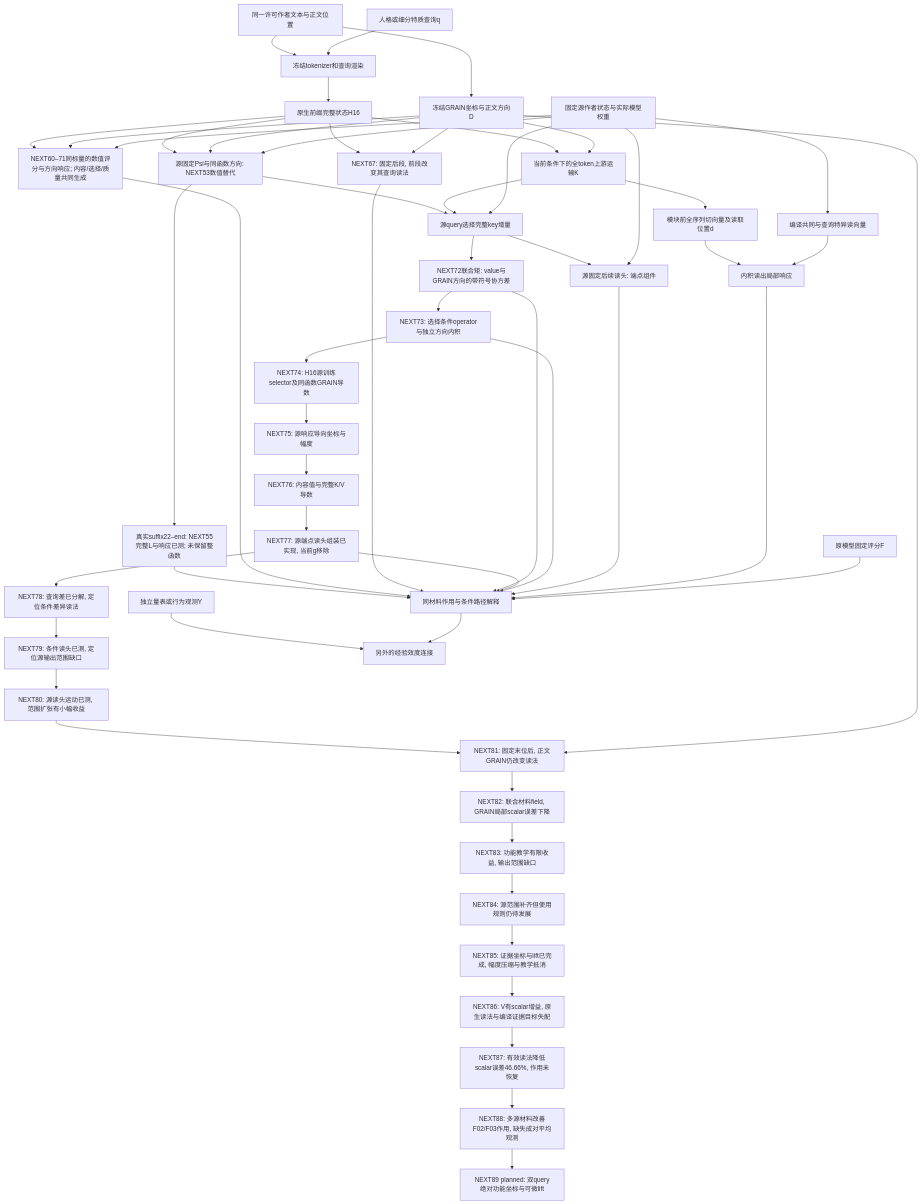
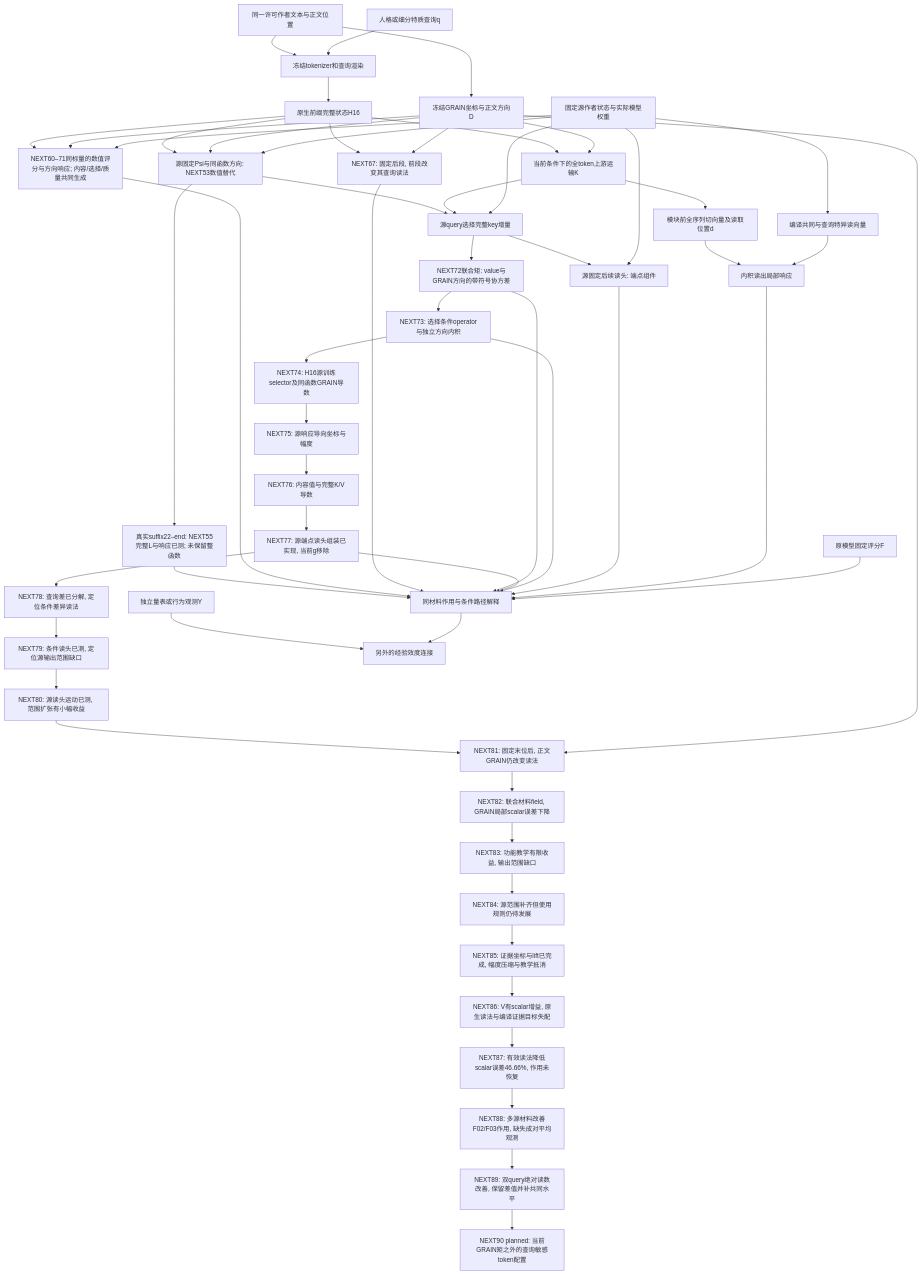
Before and after one commit to reiserhhh/GRAIN: the diagram in docs/GRAIN_UPSTREAM_MECHANISM_INTEGRATION_V1.md, drawn with Mermaid. The commit also changed other lines of this file and 26 other files, not shown here.

````diff
--- a/docs/GRAIN_UPSTREAM_MECHANISM_INTEGRATION_V1.md
+++ b/docs/GRAIN_UPSTREAM_MECHANISM_INTEGRATION_V1.md
@@ -8,57 +8,58 @@
 ```mermaid
 flowchart TD
   T[同一许可作者文本与正文位置] --> G[冻结GRAIN坐标与正文方向D]
   T --> R[冻结tokenizer和查询渲染]
   Q[人格或细分特质查询q] --> R
   R --> H[原生前缀完整状态H16]
   H --> K[当前条件下的全token上游运输K]
   H --> P[源固定Psi与同函数方向: NEXT53数值替代]
   G --> P
   S --> P
   P --> U
   P --> W[真实suffix22–end: NEXT55完整L与响应已测; 未保留整函数]
   W --> J
   H --> Z[NEXT60–71同标量的数值评分与方向响应; 内容/选择/质量共同生成]
   G --> Z
   S --> Z
   Z --> J
   H --> I[NEXT67: 固定后段, 前段改变其查询读法]
   G --> I
   I --> J
   G --> K
   K --> D[模块前全序列切向量及读取位置d]
   S[固定源作者状态与实际模型权重] --> V[编译共同与查询特异读向量]
   D --> A[内积读出局部响应]
   V --> A
   K --> U[源query选择完整key增量]
   S --> U
   U --> M[NEXT72联合矩: value与GRAIN方向的带符号协方差]
   M --> J
   M --> O[NEXT73: 选择条件operator与独立方向内积]
   O --> P74[NEXT74: H16源训练selector及同函数GRAIN导数]
   P74 --> P75[NEXT75: 源响应导向坐标与幅度]
   P75 --> P76[NEXT76: 内容值与完整K/V导数]
   P76 --> P77[NEXT77: 源端点读头组装已实现, 当前g移除]
   P77 --> J
   P77 --> P78[NEXT78: 查询差已分解, 定位条件差异读法]
   P78 --> P79[NEXT79: 条件读头已测, 定位源输出范围缺口]
   P79 --> P80[NEXT80: 源读头运动已测, 范围扩张有小幅收益]
   P80 --> P81[NEXT81: 固定末位后, 正文GRAIN仍改变读法]
   G --> P81
   P81 --> P82[NEXT82: 联合材料field, GRAIN局部scalar误差下降]
   P82 --> P83[NEXT83: 功能教学有限收益, 输出范围缺口]
   P83 --> P84[NEXT84: 源范围补齐但使用规则仍待发展]
   P84 --> P85[NEXT85: 证据坐标与lift已完成, 幅度压缩与教学抵消]
   P85 --> P86[NEXT86: V有scalar增益, 原生读法与编译证据目标失配]
   P86 --> P87[NEXT87: 有效读法降低scalar误差46.66%, 作用未恢复]
   P87 --> P88[NEXT88: 多源材料改善F02/F03作用, 缺失成对平均观测]
-  P88 --> P89[NEXT89 planned: 双query绝对功能坐标与可微lift]
+  P88 --> P89[NEXT89: 双query绝对读数改善, 保留差值并补共同水平]
+  P89 --> P90[NEXT90 planned: 当前GRAIN矩之外的查询敏感token配置]
   O --> J
   U --> C[源固定后续读头: 端点组件]
   S --> C
   C --> J
   A --> J[同材料作用与条件路径解释]
   F[原模型固定评分F] --> J
   Y[独立量表或行为观测Y] --> E[另外的经验效度连接]
   J --> E
 ```
````
